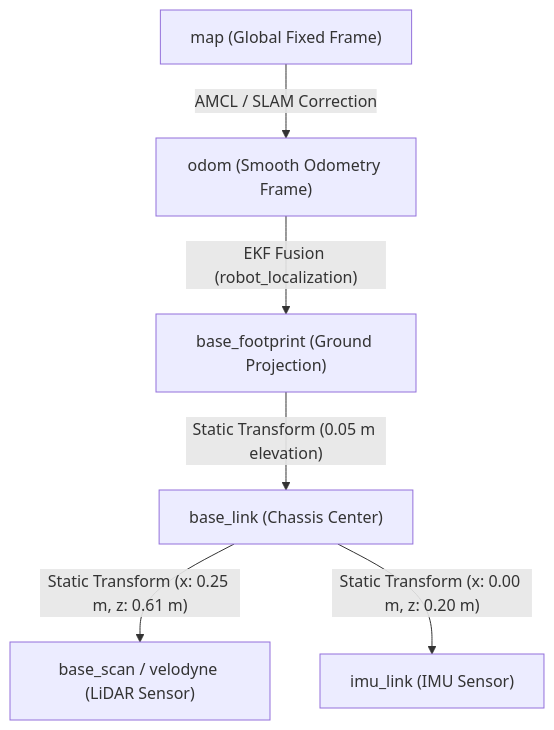
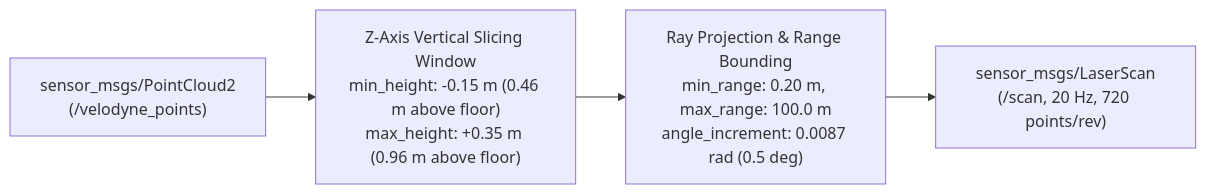
Before and after one commit to itbdelaboprogramming/msd700_documentation: the second of 2 diagrams in docs/development/sensor-fusion-and-control.md, drawn with Mermaid. The commit also changed other lines of this file and 4 other files, not shown here.

Commit message:
docs: update firmware and hardware documentation with detailed schematics, pinouts, and control loop equations

````diff
--- a/docs/development/sensor-fusion-and-control.md
+++ b/docs/development/sensor-fusion-and-control.md
@@ -117,8 +125,6 @@
 ```mermaid
-flowchart TD
-  MAP["map (Global Fixed Frame)"] -->|"AMCL / SLAM Correction"| ODOM["odom (Smooth Odometry Frame)"]
-  ODOM -->|"EKF Fusion (robot_localization)"| FOOTPRINT["base_footprint (Ground Projection)"]
-  FOOTPRINT -->|"Static Transform (0.05 m elevation)"| BASE["base_link (Chassis Center)"]
-  BASE -->|"Static Transform (x: 0.25 m, z: 0.61 m)"| SCAN["base_scan / velodyne (LiDAR Sensor)"]
-  BASE -->|"Static Transform (x: 0.00 m, z: 0.20 m)"| IMU["imu_link (IMU Sensor)"]
+flowchart LR
+  PCL["sensor_msgs/PointCloud2<br/>(/velodyne_points)"] --> SLICE["Z-Axis Vertical Slicing Window<br/>min_height: -0.15 m (0.46 m above floor)<br/>max_height: +0.35 m (0.96 m above floor)"]
+  SLICE --> PROJ["Ray Projection & Range Bounding<br/>min_range: 0.20 m, max_range: 100.0 m<br/>angle_increment: 0.0087 rad (0.5 deg)"]
+  PROJ --> SCAN["sensor_msgs/LaserScan<br/>(/scan, 20 Hz, 720 points/rev)"]
 ```
````
